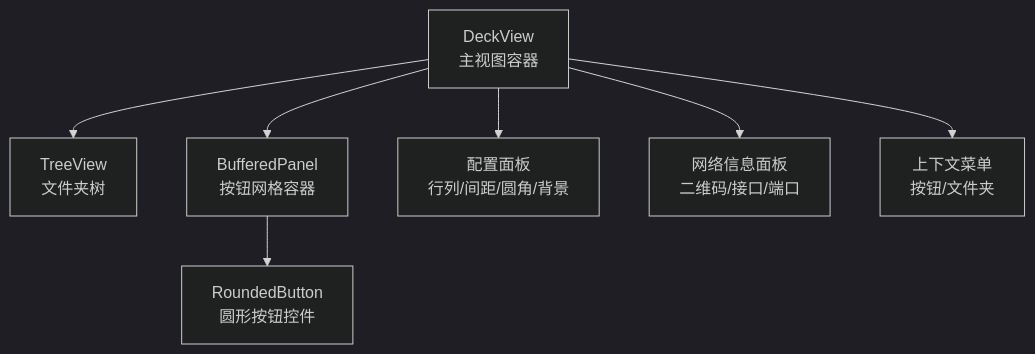
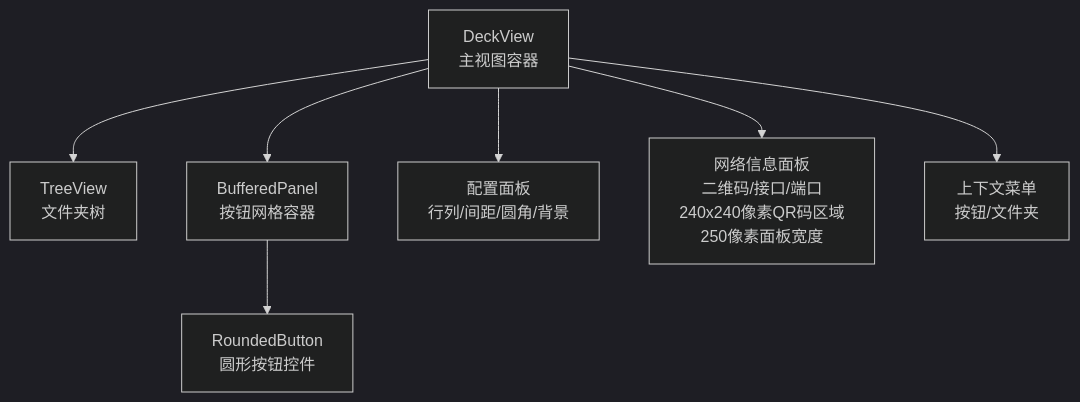
Before and after one commit to tea4go/Macro-Deck: the first of 6 diagrams in .qoder/repowiki/zh/content/图形用户界面/视图管理系统/仪表板视图.md, drawn with Mermaid (dark theme). The commit also changed other lines of this file and 5 other files, not shown here.

````diff
--- a/.qoder/repowiki/zh/content/图形用户界面/视图管理系统/仪表板视图.md
+++ b/.qoder/repowiki/zh/content/图形用户界面/视图管理系统/仪表板视图.md
@@ -39,9 +49,9 @@
 ```mermaid
 graph TB
 DeckView["DeckView<br/>主视图容器"] --> FoldersTree["TreeView<br/>文件夹树"]
 DeckView --> ButtonPanel["BufferedPanel<br/>按钮网格容器"]
 ButtonPanel --> RoundedButton["RoundedButton<br/>圆形按钮控件"]
 DeckView --> ConfigPanel["配置面板<br/>行列/间距/圆角/背景"]
-DeckView --> NetInfo["网络信息面板<br/>二维码/接口/端口"]
+DeckView --> NetInfo["网络信息面板<br/>二维码/接口/端口<br/>240x240像素QR码区域<br/>250像素面板宽度"]
 DeckView --> CtxMenu["上下文菜单<br/>按钮/文件夹"]
 ```
````
